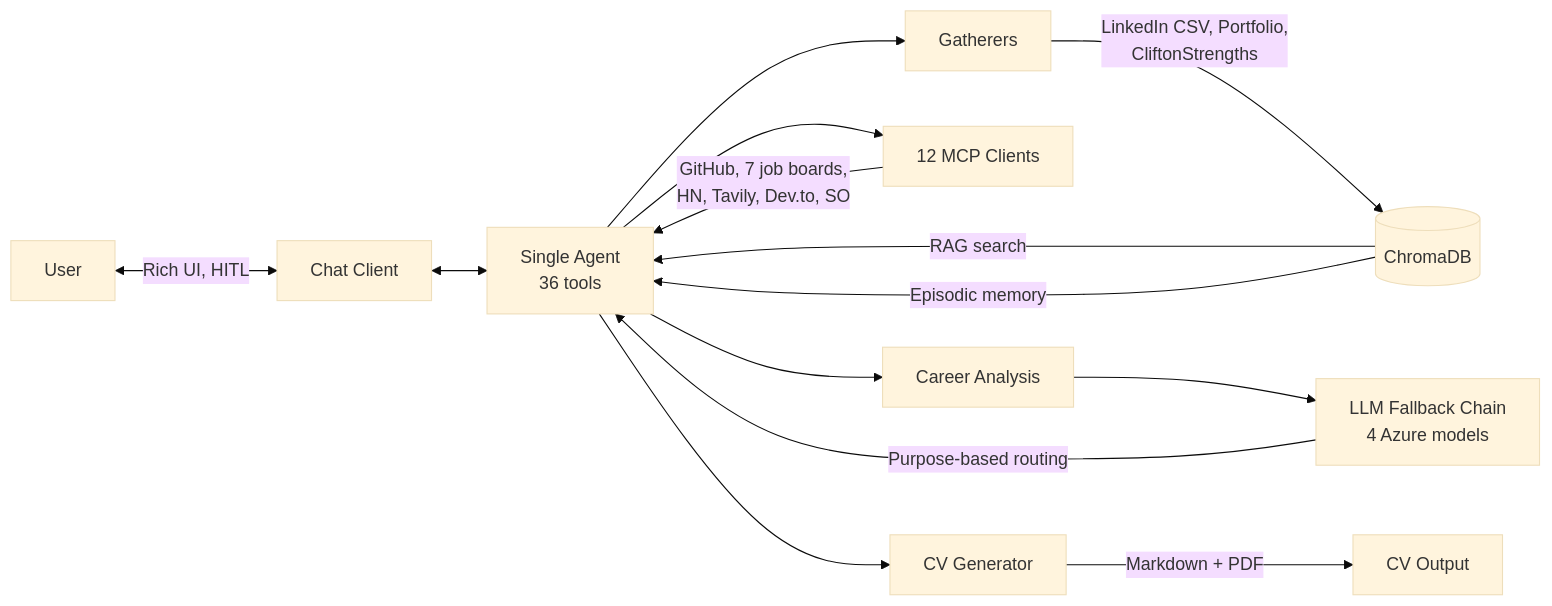
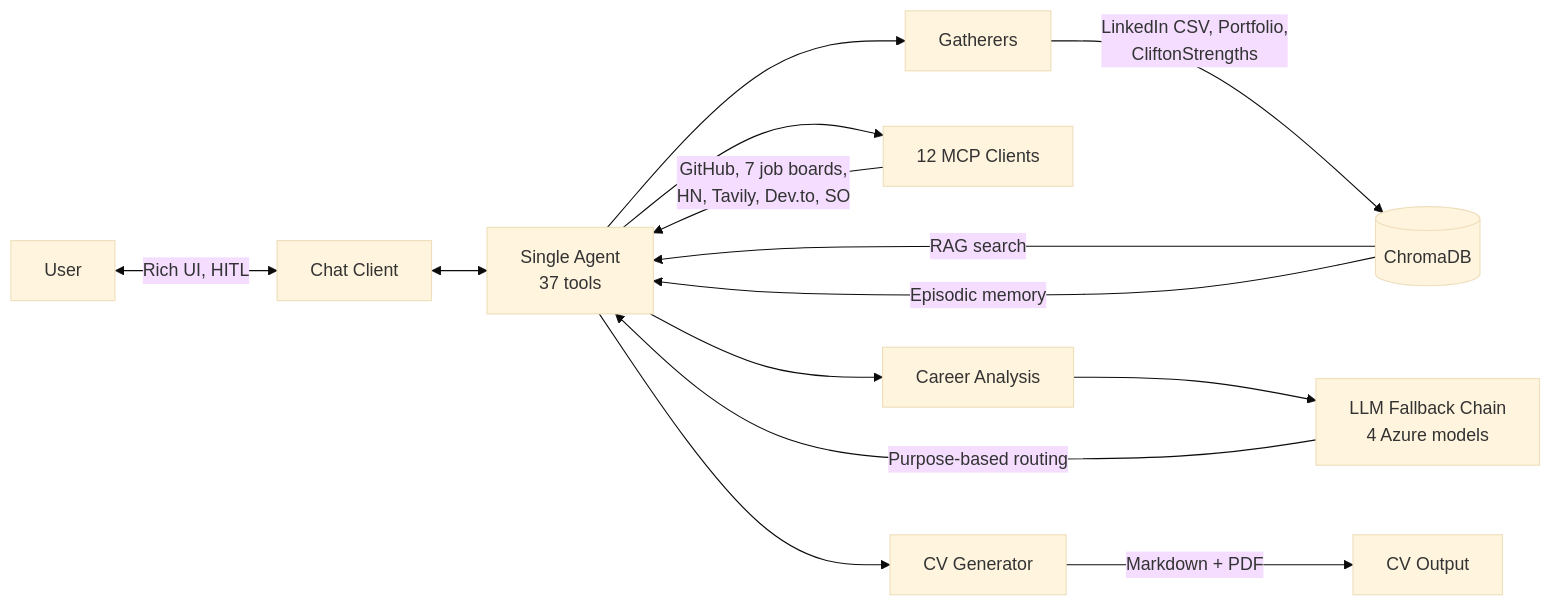
One commit to juanmanueldaza/futureproof changed the diagram in README.md. Above: the diagram before and after it, drawn with Mermaid (base theme). The commit also changed other lines of this file and 8 other files, not shown here.

````diff
--- a/README.md
+++ b/README.md
@@ -11,19 +11,19 @@
 ```mermaid
 graph LR
     User <-->|Rich UI, HITL| Chat[Chat Client]
-    Chat <--> Agent[Single Agent<br/>36 tools]
+    Chat <--> Agent[Single Agent<br/>37 tools]
 
     Agent --> Gather[Gatherers]
     Agent --> MCP[12 MCP Clients]
     Agent --> Analysis[Career Analysis]
     Agent --> Gen[CV Generator]
 
     Gather -->|LinkedIn CSV, Portfolio,<br/>CliftonStrengths| ChromaDB[(ChromaDB)]
     MCP -->|GitHub, 7 job boards,<br/>HN, Tavily, Dev.to, SO| Agent
     Analysis --> LLM[LLM Fallback Chain<br/>4 Azure models]
     Gen -->|Markdown + PDF| Output[CV Output]
 
     ChromaDB -->|RAG search| Agent
     ChromaDB -->|Episodic memory| Agent
     LLM -->|Purpose-based routing| Agent
 ```
````
